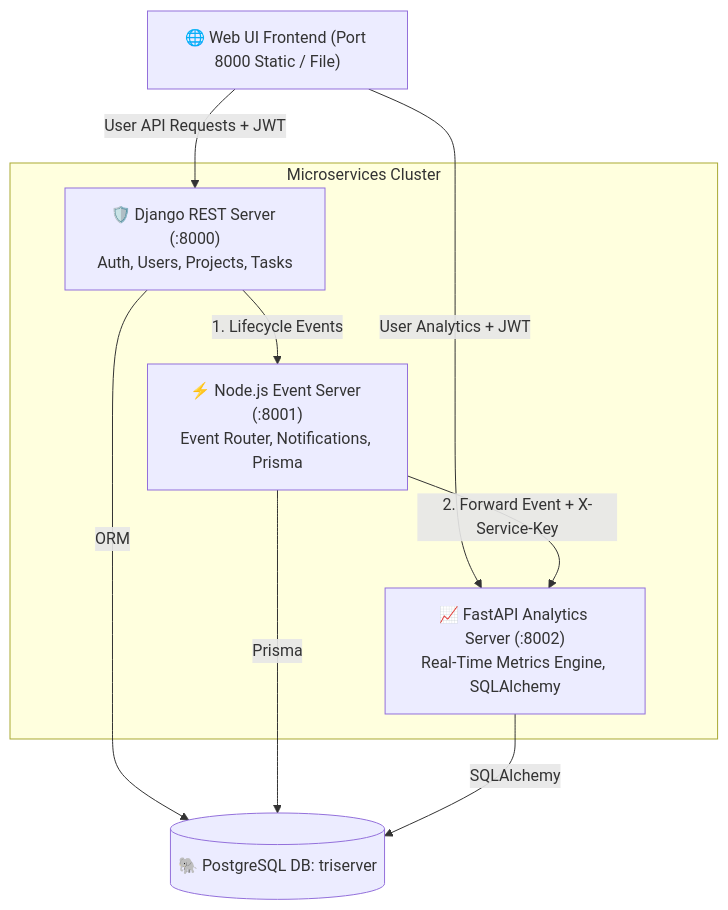
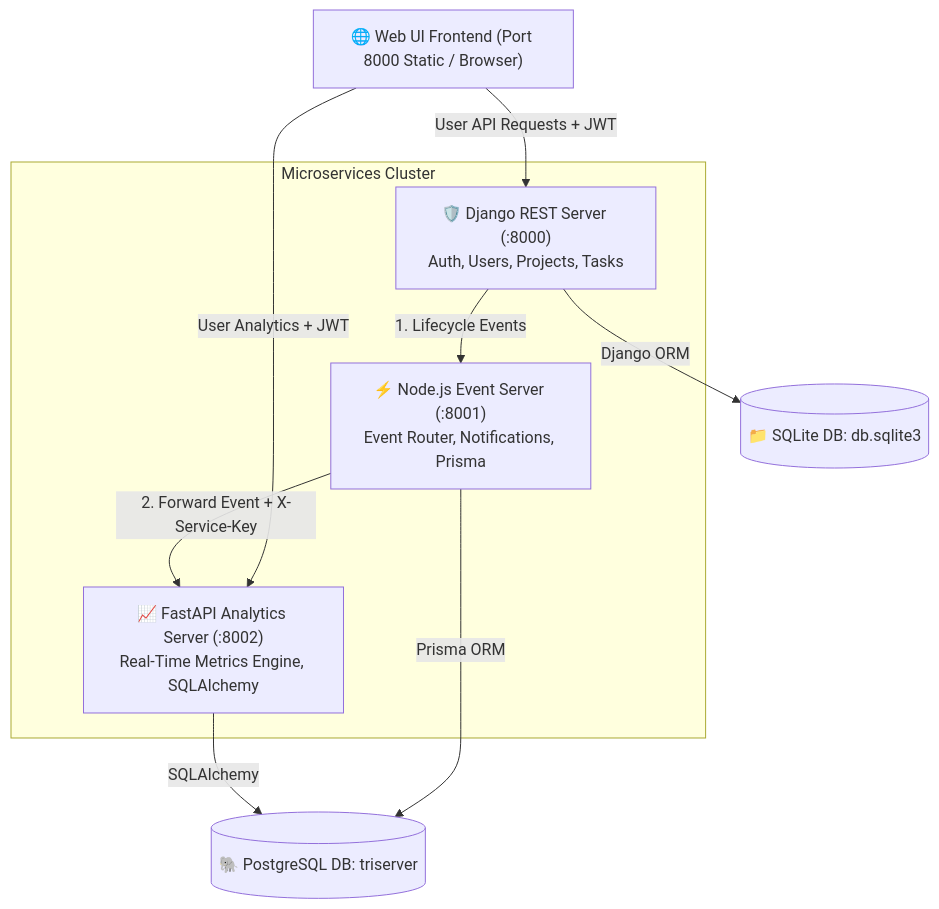
The diagram in README.md (mkkotlin/multi-server-system), drawn with Mermaid before and after one commit. The commit also changed other lines of this file and 1 other file, not shown here.

Commit message:
docs: update README with database architecture and add Django security audit report

````diff
--- a/README.md
+++ b/README.md
@@ -21,22 +22,23 @@
 ```mermaid
 graph TD
-    Client["🌐 Web UI Frontend (Port 8000 Static / File)"]
+    Client["🌐 Web UI Frontend (Port 8000 Static / Browser)"]
     
     subgraph Services["Microservices Cluster"]
         Django["🛡️ Django REST Server (:8000)<br/>Auth, Users, Projects, Tasks"]
         Node["⚡ Node.js Event Server (:8001)<br/>Event Router, Notifications, Prisma"]
         FastAPI["📈 FastAPI Analytics Server (:8002)<br/>Real-Time Metrics Engine, SQLAlchemy"]
     end
     
-    Database[(🐘 PostgreSQL DB: triserver)]
+    SQLite[(📁 SQLite DB: db.sqlite3)]
+    Postgres[(🐘 PostgreSQL DB: triserver)]
     
     Client -->|User API Requests + JWT| Django
     Client -->|User Analytics + JWT| FastAPI
     
     Django -->|1. Lifecycle Events| Node
     Node -->|2. Forward Event + X-Service-Key| FastAPI
     
-    Django -->|ORM| Database
-    Node -->|Prisma| Database
-    FastAPI -->|SQLAlchemy| Database
+    Django -->|Django ORM| SQLite
+    Node -->|Prisma ORM| Postgres
+    FastAPI -->|SQLAlchemy| Postgres
 ```
````
